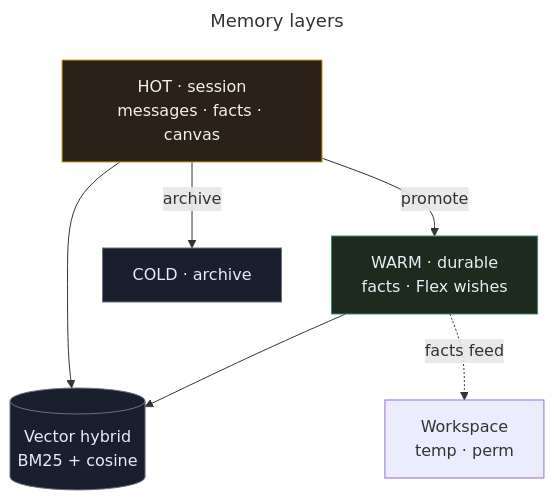
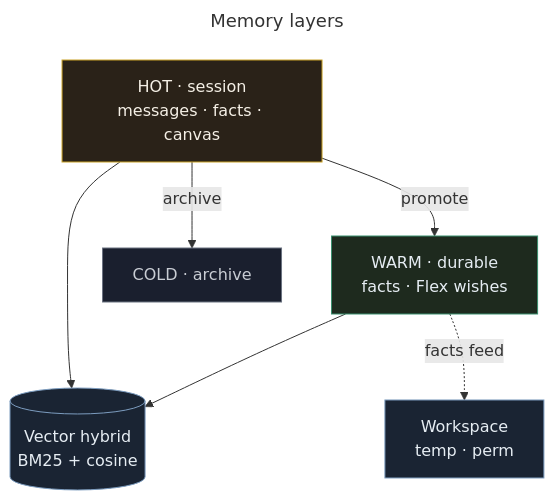
One commit to landjunge/gnom-hub-v1 changed the sixth of 7 diagrams in docs/ARCHITECTURE.md. Above: the diagram before and after it, drawn with Mermaid. The commit also changed other lines of this file and 3 other files, not shown here.

First line of the commit message:
docs: deepen Mermaid styling classes (shared palette)

````diff
--- a/docs/ARCHITECTURE.md
+++ b/docs/ARCHITECTURE.md
@@ -223,23 +233,21 @@
 ```mermaid
 ---
 title: Memory layers
 ---
 flowchart TB
-  HOT["HOT · session<br/>messages · facts · canvas"]
-  WARM["WARM · durable<br/>facts · Flex wishes"]
-  COLD["COLD · archive"]
-  VEC[("Vector hybrid<br/>BM25 + cosine")]
-  WORK["Workspace<br/>temp · perm"]
+  HOT["HOT · session<br/>messages · facts · canvas"]:::hot
+  WARM["WARM · durable<br/>facts · Flex wishes"]:::warm
+  COLD["COLD · archive"]:::cold
+  VEC[("Vector hybrid<br/>BM25 + cosine")]:::store
+  WORK["Workspace<br/>temp · perm"]:::store
 
   HOT -->|"promote"| WARM
   HOT -->|"archive"| COLD
   HOT & WARM --> VEC
   WARM -.->|"facts feed"| WORK
 
-  classDef hot fill:#2a2218,stroke:#c9a227,color:#f5f0e6
-  classDef warm fill:#1e2a1e,stroke:#3a8f6e,color:#e6edf3
-  classDef cold fill:#1a1f2e,stroke:#6b7280,color:#e6edf3
-  class HOT hot
-  class WARM warm
-  class COLD,VEC cold
+  classDef hot fill:#2a2218,stroke:#c9a227,color:#f5f0e6,stroke-width:1px
+  classDef warm fill:#1e2a1e,stroke:#3a8f6e,color:#e6edf3,stroke-width:1px
+  classDef cold fill:#1a1f2e,stroke:#6b7280,color:#c9cdd4,stroke-width:1px
+  classDef store fill:#1a2433,stroke:#7c9cbf,color:#e6edf3,stroke-width:1px
 ```
````
